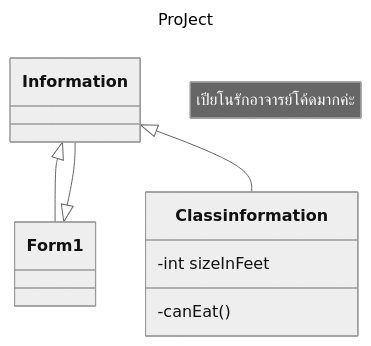
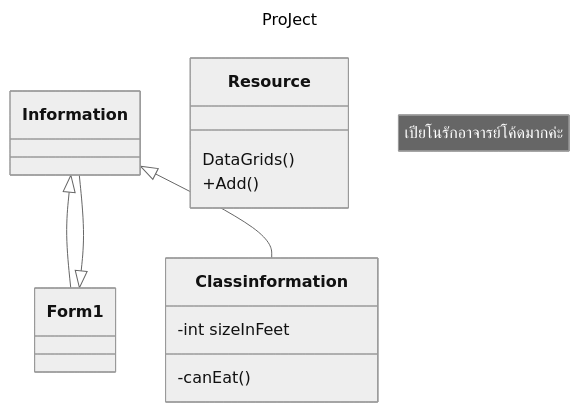
One commit to Natithorn/Test changed the diagram in README.md. Above: the diagram before and after it, drawn with Mermaid (neutral theme).

````diff
--- a/README.md
+++ b/README.md
@@ -1,15 +1,16 @@
 ```mermaid
 ---
 title: ProJect
 ---
 classDiagram
     note "เปียโนรักอาจารย์โค้ดมากค่ะ"
     Information <|-- Form1
     Information --|> Form1
     Information <|-- Classinformation
     class Classinformation{
         -int sizeInFeet
         -canEat()
     }
-
+    Resource : DataGrids()
+    Resource : +Add()    
 ```
````
